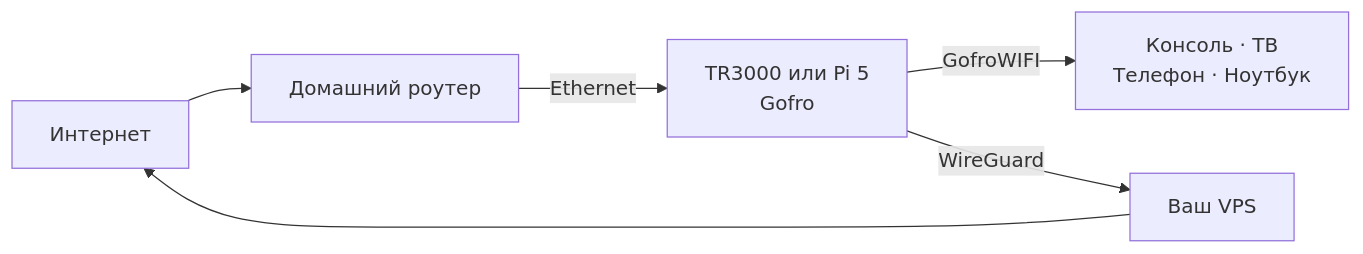
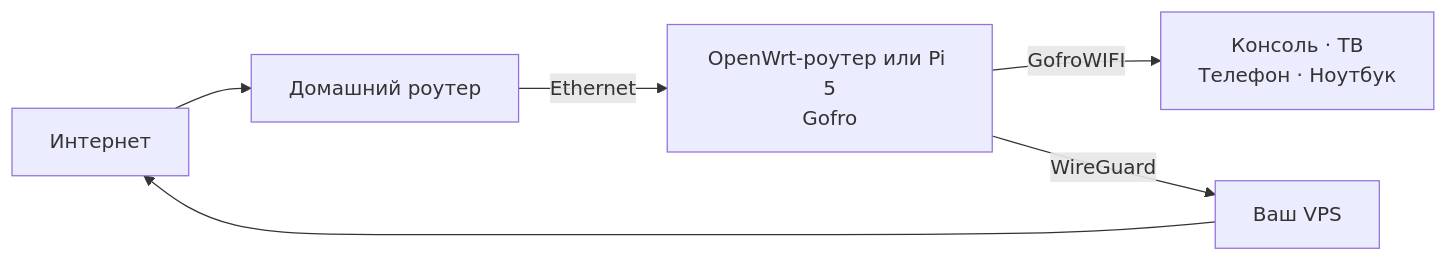
Before and after one commit to gofronet/gofro-router: the diagram in README.md, drawn with Mermaid. The commit also changed other lines of this file and 9 other files, not shown here.

````diff
--- a/README.md
+++ b/README.md
@@ -68,8 +69,8 @@
 ```mermaid
 flowchart LR
     INTERNET[Интернет] --> HOME[Домашний роутер]
-    HOME -->|Ethernet| GOFRO[TR3000 или Pi 5<br>Gofro]
+    HOME -->|Ethernet| GOFRO[OpenWrt-роутер или Pi 5<br>Gofro]
     GOFRO -->|GofroWIFI| DEVICES[Консоль · ТВ<br>Телефон · Ноутбук]
     GOFRO -->|WireGuard| VPS[Ваш VPS]
     VPS --> INTERNET
 ```
````
